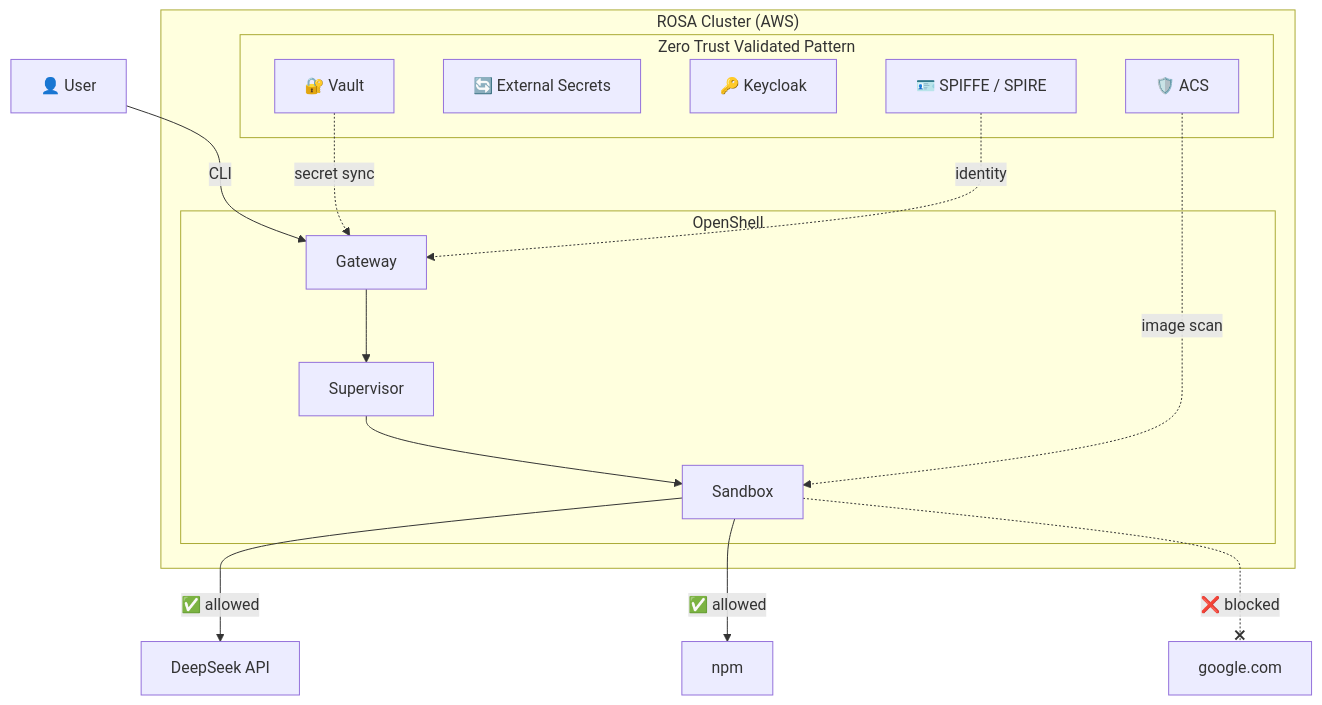
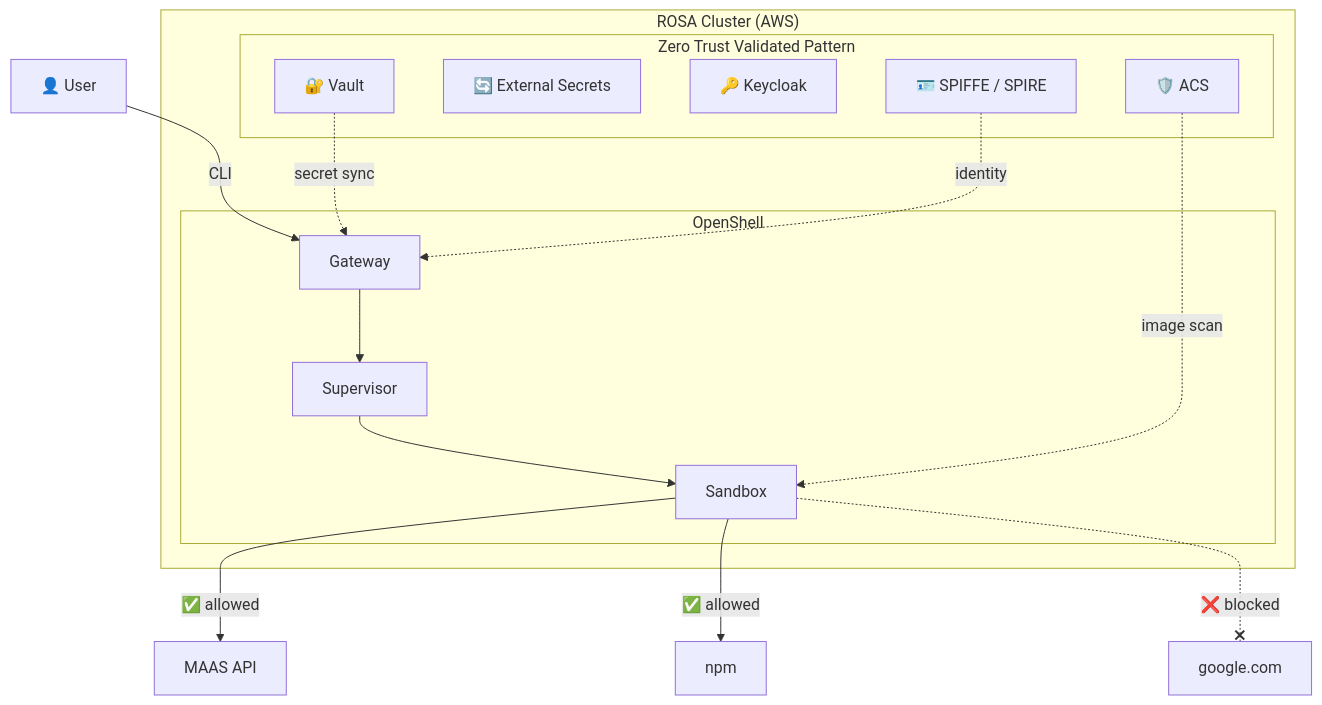
Before and after one commit to avijra/openshell-ztm-lab: the first of 6 diagrams in docs/1-architecture/README.md, drawn with Mermaid. The commit also changed other lines of this file and 11 other files, not shown here.

First line of the commit message:
refactor: make MAAS the default LLM provider, DeepSeek optional

````diff
--- a/docs/1-architecture/README.md
+++ b/docs/1-architecture/README.md
@@ -13,25 +13,25 @@
 ```mermaid
 graph TB
     subgraph ROSA["ROSA Cluster (AWS)"]
         subgraph ZTVP["Zero Trust Validated Pattern"]
             Vault["🔐 Vault"]
             ESO["🔄 External Secrets"]
             Keycloak["🔑 Keycloak"]
             SPIRE["🪪 SPIFFE / SPIRE"]
             ACS["🛡️ ACS"]
         end
         subgraph OS["OpenShell"]
             GW["Gateway"]
             SV["Supervisor"]
             SB["Sandbox"]
         end
     end
     User["👤 User"] -->|CLI| GW
     GW --> SV --> SB
-    SB -->|"✅ allowed"| DS["DeepSeek API"]
+    SB -->|"✅ allowed"| MAAS["MAAS API"]
     SB -->|"✅ allowed"| NPM["npm"]
     SB -.-x|"❌ blocked"| Bad["google.com"]
     Vault -.->|secret sync| GW
     SPIRE -.->|identity| GW
     ACS -.->|image scan| SB
 ```
````
